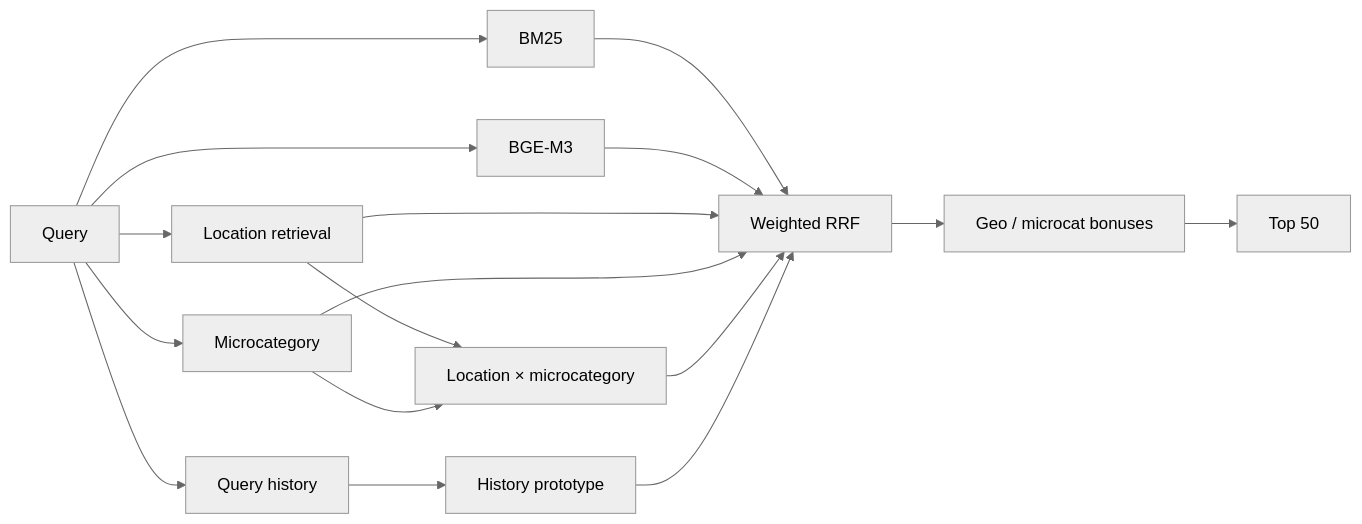
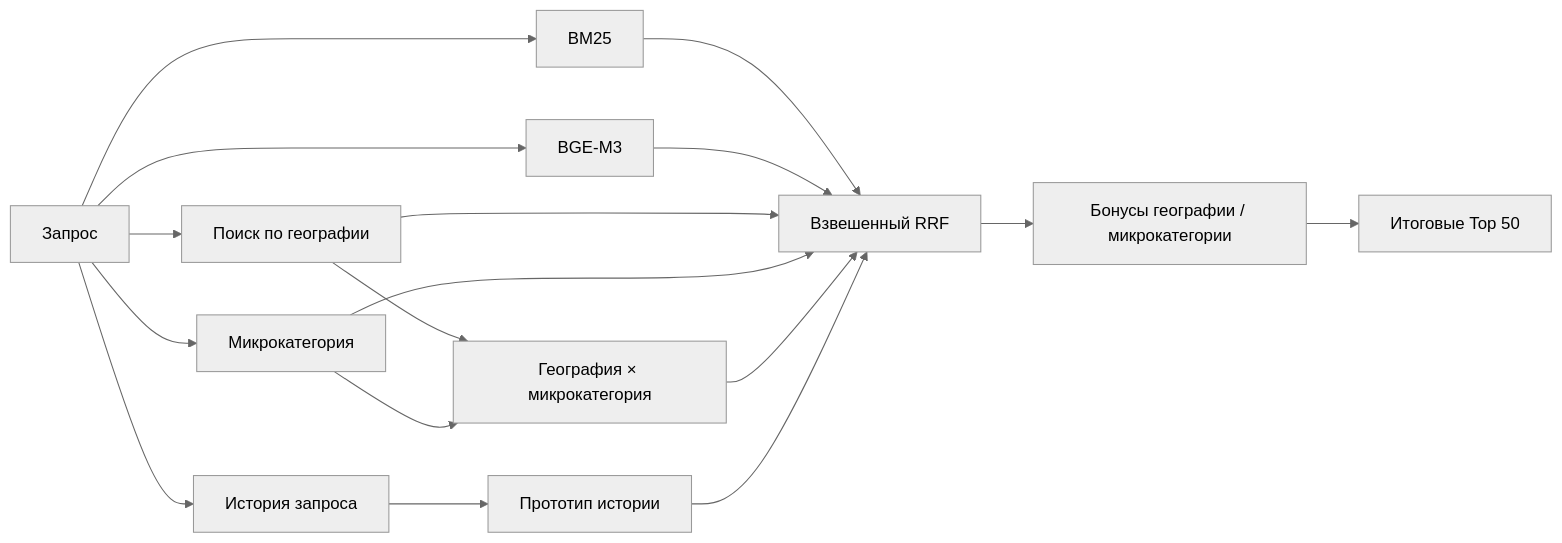
The diagram in README.md (Davidkaaa33/avito-ds-bootcamp-2026-solution), drawn with Mermaid (neutral theme) before and after one commit. The commit also changed other lines of this file, not shown here.

````diff
--- a/README.md
+++ b/README.md
@@ -39,22 +39,22 @@
 ```mermaid
 flowchart LR
-    Q[Query] --> BM[BM25]
+    Q[Запрос] --> BM[BM25]
     Q --> BG[BGE-M3]
-    Q --> GEO[Location retrieval]
-    Q --> MC[Microcategory]
-    Q --> H[Query history]
+    Q --> GEO[Поиск по географии]
+    Q --> MC[Микрокатегория]
+    Q --> H[История запроса]
 
-    GEO --> JOINT[Location × microcategory]
+    GEO --> JOINT[География × микрокатегория]
     MC --> JOINT
-    H --> HP[History prototype]
+    H --> HP[Прототип истории]
 
-    BM --> RRF[Weighted RRF]
+    BM --> RRF[Взвешенный RRF]
     BG --> RRF
     GEO --> RRF
     MC --> RRF
     JOINT --> RRF
     HP --> RRF
 
-    RRF --> BONUS[Geo / microcat bonuses]
-    BONUS --> TOP[Top 50]
+    RRF --> BONUS[Бонусы географии / микрокатегории]
+    BONUS --> TOP[Итоговые Top 50]
 ```
````
